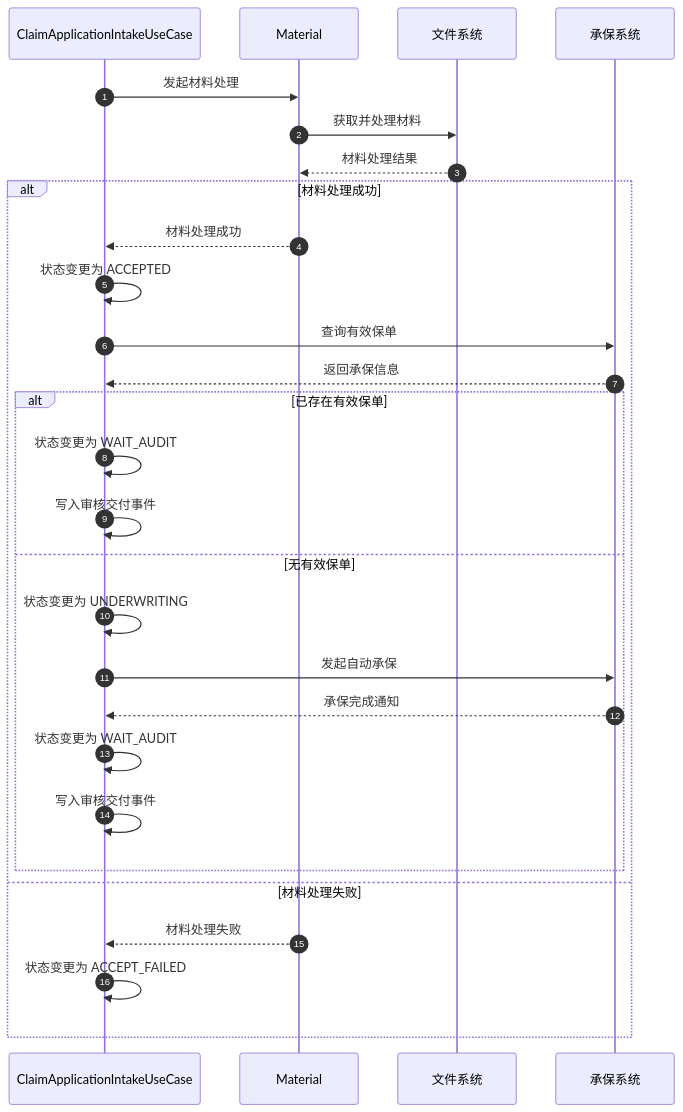
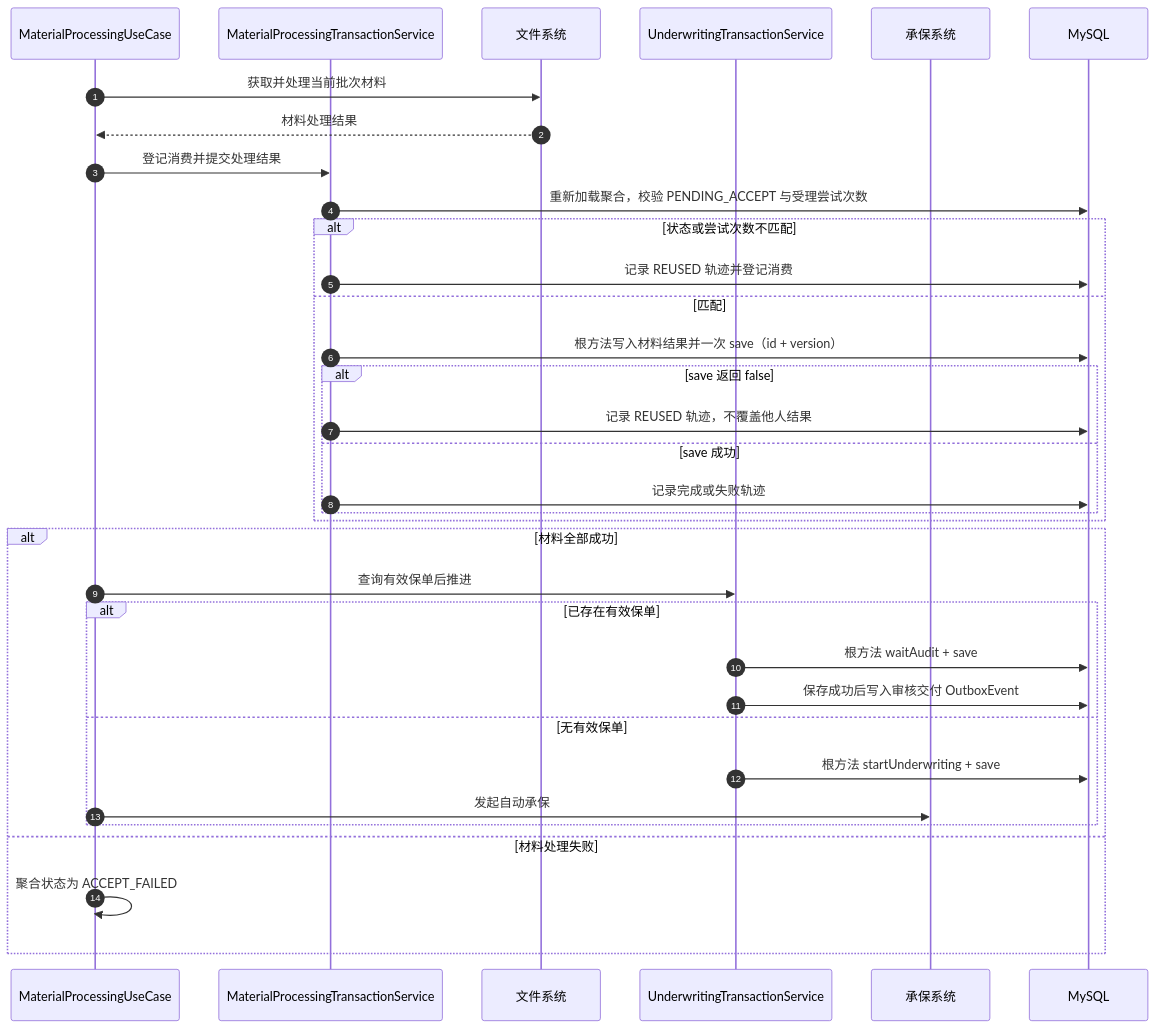
Before and after one commit to wangguangwu/claim-integration-platform: the sixth of 11 diagrams in docs/architecture/claim-application-architecture.md, drawn with Mermaid. The commit also changed other lines of this file and 118 other files, not shown here.

Commit message:
落地 024 理赔受理聚合根重设计：ClaimApplication 统一收敛材料与问题件，补齐乐观锁与详情读模型

````diff
--- a/docs/architecture/claim-application-architecture.md
+++ b/docs/architecture/claim-application-architecture.md
@@ -304,33 +347,39 @@
 ```mermaid
 sequenceDiagram
     autonumber
-    participant U as ClaimApplicationIntakeUseCase
-    participant M as Material
+    participant U as MaterialProcessingUseCase
+    participant X as MaterialProcessingTransactionService
     participant F as 文件系统
+    participant W as UnderwritingTransactionService
     participant I as 承保系统
+    participant DB as MySQL
 
-    U->>M: 发起材料处理
-    M->>F: 获取并处理材料
-    F-->>M: 材料处理结果
+    U->>F: 获取并处理当前批次材料
+    F-->>U: 材料处理结果
 
-    alt 材料处理成功
-        M-->>U: 材料处理成功
-        U->>U: 状态变更为 ACCEPTED
-        U->>I: 查询有效保单
-        I-->>U: 返回承保信息
+    U->>X: 登记消费并提交处理结果
+    X->>DB: 重新加载聚合，校验 PENDING_ACCEPT 与受理尝试次数
+    alt 状态或尝试次数不匹配
+        X->>DB: 记录 REUSED 轨迹并登记消费
+    else 匹配
+        X->>DB: 根方法写入材料结果并一次 save（id + version）
+        alt save 返回 false
+            X->>DB: 记录 REUSED 轨迹，不覆盖他人结果
+        else save 成功
+            X->>DB: 记录完成或失败轨迹
+        end
+    end
 
+    alt 材料全部成功
+        U->>W: 查询有效保单后推进
         alt 已存在有效保单
-            U->>U: 状态变更为 WAIT_AUDIT
-            U->>U: 写入审核交付事件
+            W->>DB: 根方法 waitAudit + save
+            W->>DB: 保存成功后写入审核交付 OutboxEvent
         else 无有效保单
-            U->>U: 状态变更为 UNDERWRITING
+            W->>DB: 根方法 startUnderwriting + save
             U->>I: 发起自动承保
-            I-->>U: 承保完成通知
-            U->>U: 状态变更为 WAIT_AUDIT
-            U->>U: 写入审核交付事件
         end
     else 材料处理失败
-        M-->>U: 材料处理失败
-        U->>U: 状态变更为 ACCEPT_FAILED
+        U->>U: 聚合状态为 ACCEPT_FAILED
     end
 ```
````
